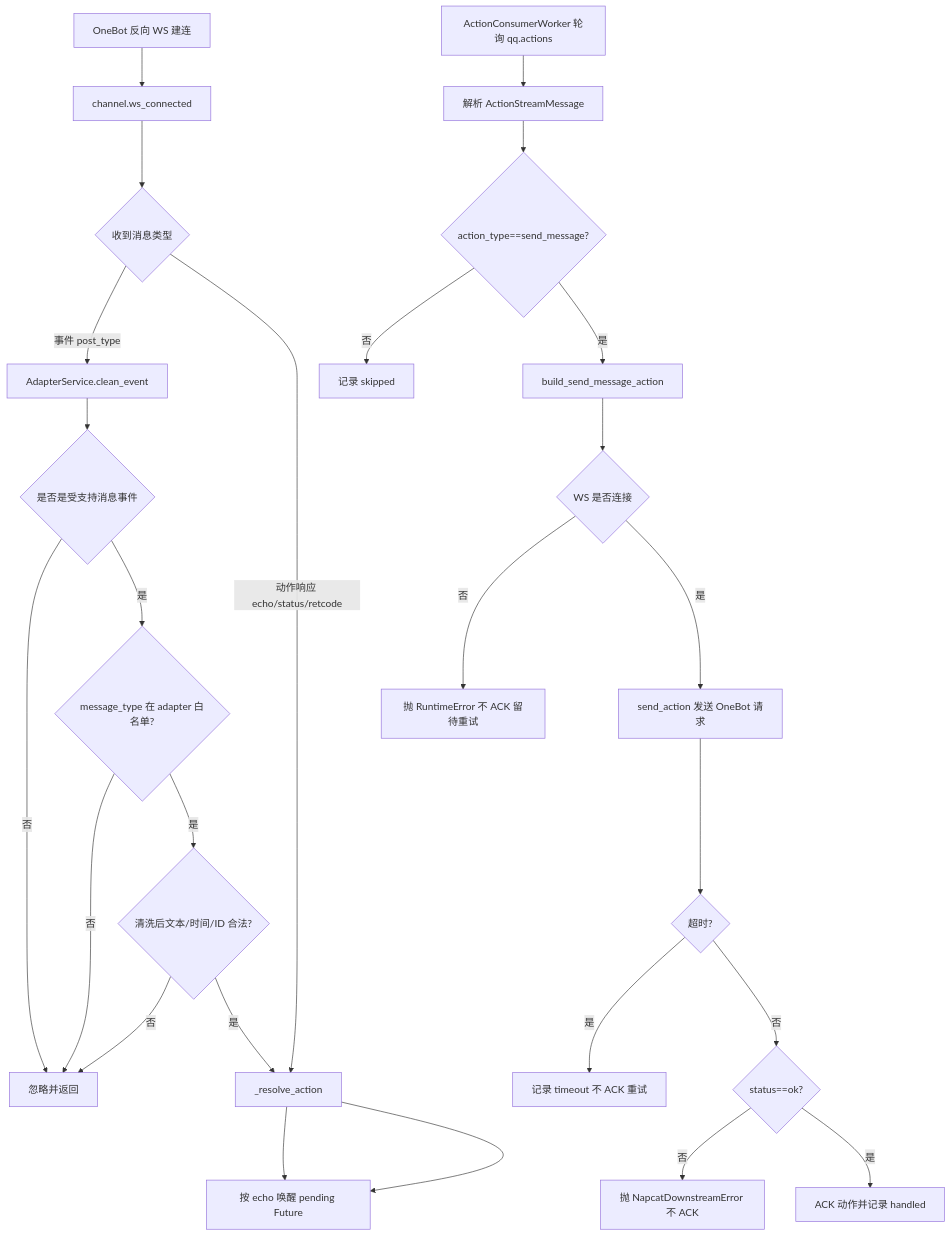
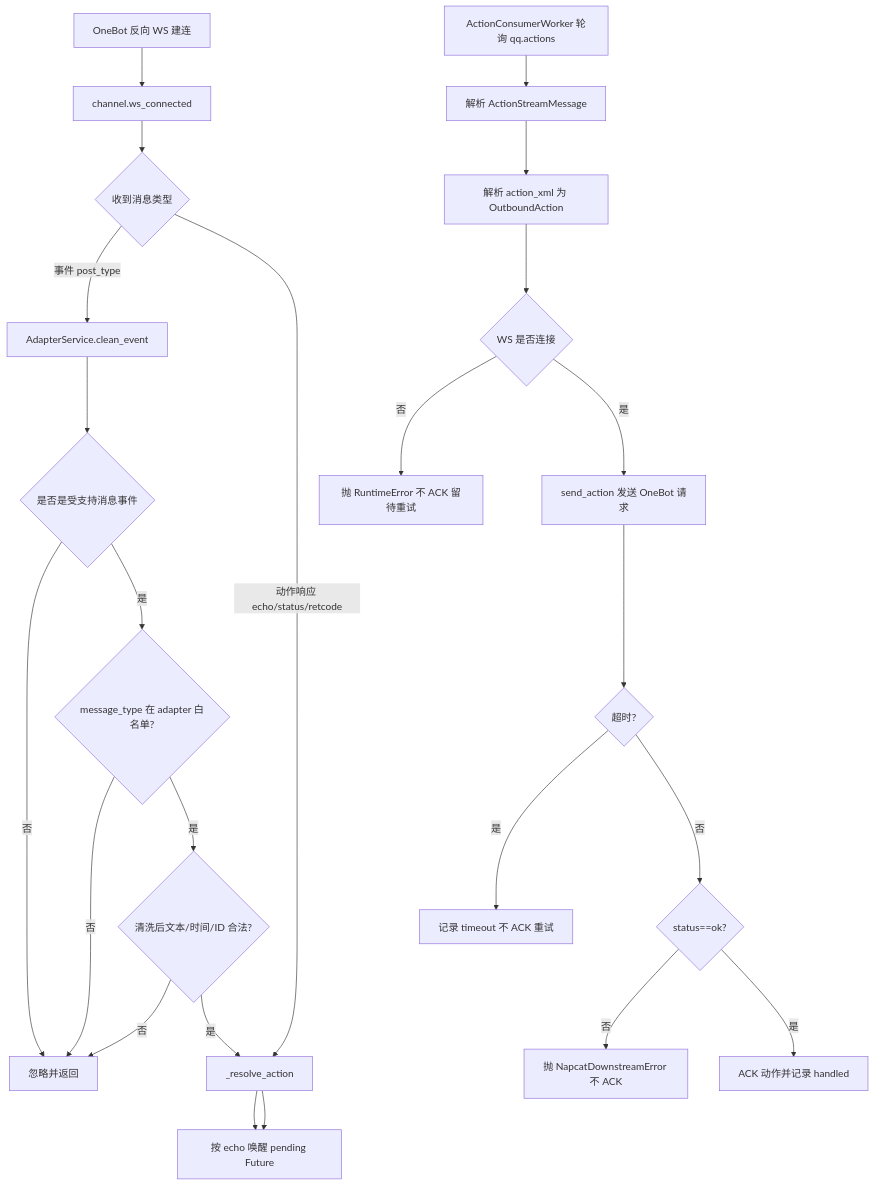
One commit to tamakara/AIChan changed the diagram in docs/adapter-service.md. Above: the diagram before and after it, drawn with Mermaid. The commit also changed other lines of this file and 23 other files, not shown here.

````diff
--- a/docs/adapter-service.md
+++ b/docs/adapter-service.md
@@ -99,31 +108,29 @@
 ```mermaid
 flowchart TD
     A[OneBot 反向 WS 建连] --> B[channel.ws_connected]
     B --> C{收到消息类型}
 
     C -->|事件 post_type| D[AdapterService.clean_event]
     D --> E{是否是受支持消息事件}
     E -->|否| F[忽略并返回]
     E -->|是| G{message_type 在 adapter 白名单?}
     G -->|否| F
     G -->|是| H{清洗后文本/时间/ID 合法?}
     H -->|否| F
     H -->|是| I[构建 event_xml + EventStreamMessage]
     I --> J[XADD 到 qq.events]
 
     C -->|动作响应 echo/status/retcode| I[_resolve_action]
     I --> J[按 echo 唤醒 pending Future]
 
     K[ActionConsumerWorker 轮询 qq.actions] --> L[解析 ActionStreamMessage]
-    L --> M{action_type==send_message?}
-    M -->|否| N[记录 skipped]
-    M -->|是| O[build_send_message_action]
-    O --> P{WS 是否连接}
+    L --> M[解析 action_xml 为 OutboundAction]
+    M --> P{WS 是否连接}
     P -->|否| Q[抛 RuntimeError 不 ACK 留待重试]
     P -->|是| R[send_action 发送 OneBot 请求]
     R --> S{超时?}
     S -->|是| T[记录 timeout 不 ACK 重试]
     S -->|否| U{status==ok?}
     U -->|否| V[抛 NapcatDownstreamError 不 ACK]
     U -->|是| W[ACK 动作并记录 handled]
 ```
````
